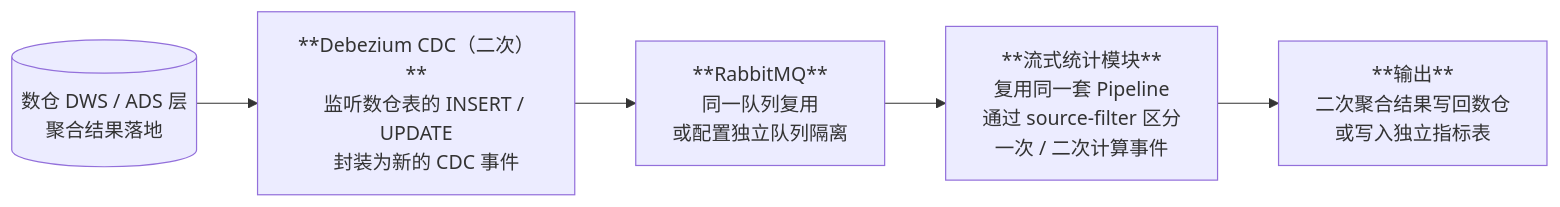
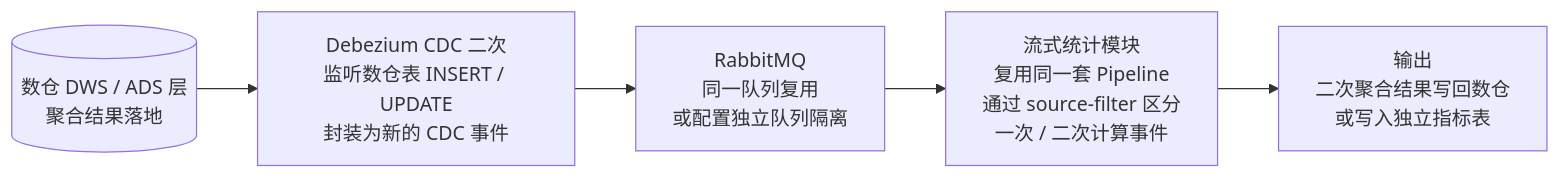
Before and after one commit to EthanScriptOn/strea-doc: the second of 3 diagrams in stream-stats-design.md, drawn with Mermaid. The commit also changed other lines of this file, not shown here.

Commit message:
fix mermaid syntax: replace newlines with br, remove backtick strings

````diff
--- a/stream-stats-design.md
+++ b/stream-stats-design.md
@@ -82,24 +52,9 @@
 ```mermaid
 flowchart LR
-    DWS[("数仓 DWS / ADS 层
-    聚合结果落地")]
-
-    DBZ2["**Debezium CDC（二次）**
-    监听数仓表的 INSERT / UPDATE
-    封装为新的 CDC 事件"]
-
-    MQ["**RabbitMQ**
-    同一队列复用
-    或配置独立队列隔离"]
-
-    STREAM["**流式统计模块**
-    复用同一套 Pipeline
-    通过 source-filter 区分
-    一次 / 二次计算事件"]
-
-    OUT["**输出**
-    二次聚合结果写回数仓
-    或写入独立指标表"]
-
+    DWS[("数仓 DWS / ADS 层<br/>聚合结果落地")]
+    DBZ2["Debezium CDC 二次<br/>监听数仓表 INSERT / UPDATE<br/>封装为新的 CDC 事件"]
+    MQ["RabbitMQ<br/>同一队列复用<br/>或配置独立队列隔离"]
+    STREAM["流式统计模块<br/>复用同一套 Pipeline<br/>通过 source-filter 区分<br/>一次 / 二次计算事件"]
+    OUT["输出<br/>二次聚合结果写回数仓<br/>或写入独立指标表"]
     DWS --> DBZ2 --> MQ --> STREAM --> OUT
 ```
````
